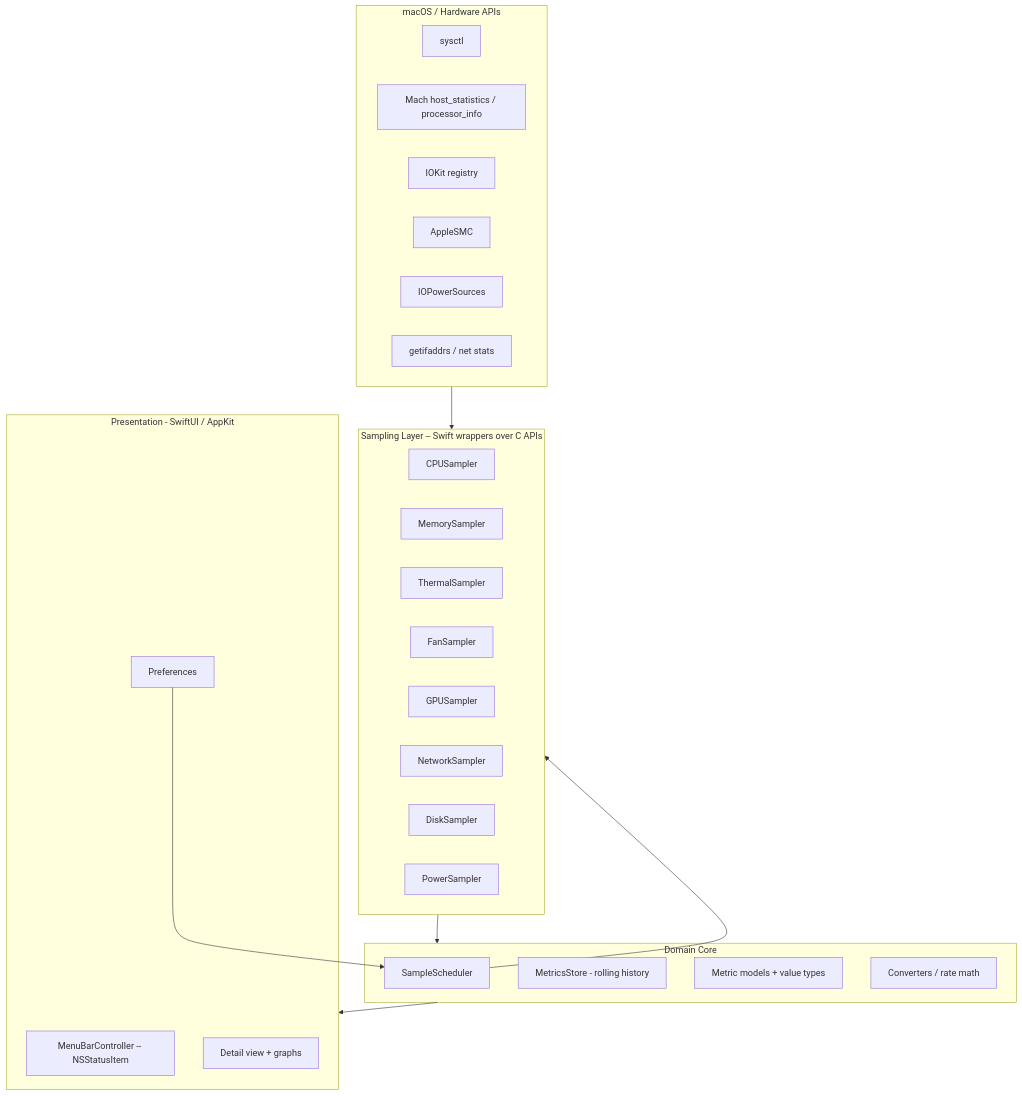
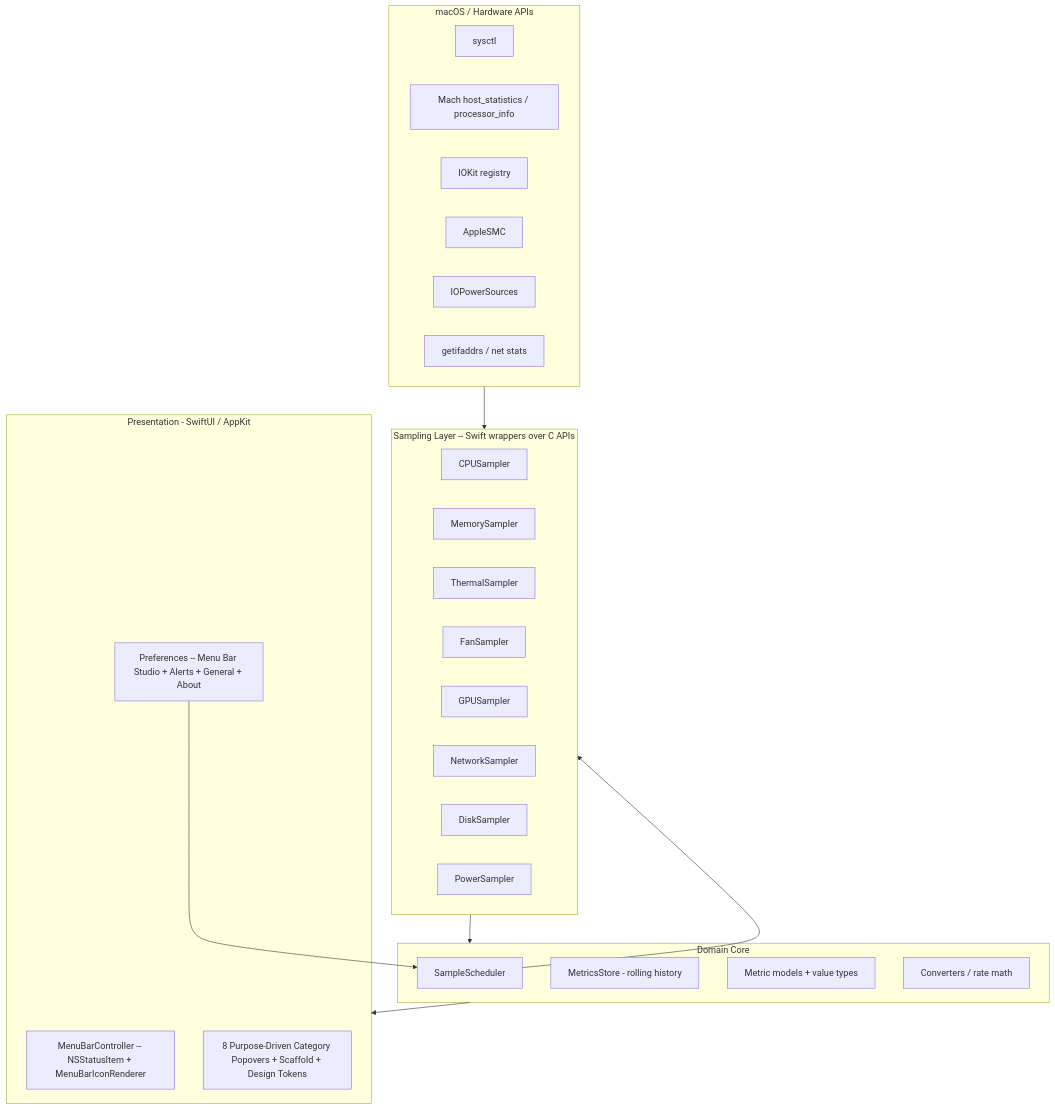
The diagram in docs/specs/design.md (cubewin07/iStats), drawn with Mermaid before and after one commit. The commit also changed other lines of this file and 33 other files, not shown here.

````diff
--- a/docs/specs/design.md
+++ b/docs/specs/design.md
@@ -19,39 +19,39 @@
 ```mermaid
 flowchart TD
     subgraph HW[macOS / Hardware APIs]
         SYSCTL[sysctl]
         MACH[Mach host_statistics / processor_info]
         IOKIT[IOKit registry]
         SMC[AppleSMC]
         IOPS[IOPowerSources]
         NET[getifaddrs / net stats]
     end
 
     subgraph Sampling[Sampling Layer  -- Swift wrappers over C APIs]
         CPUS[CPUSampler]
         MEMS[MemorySampler]
         THERMS[ThermalSampler]
         FANS[FanSampler]
         GPUS[GPUSampler]
         NETS[NetworkSampler]
         DISKS[DiskSampler]
         BATS[PowerSampler]
     end
 
     subgraph Core[Domain Core]
         SCHED[SampleScheduler]
         STORE[MetricsStore - rolling history]
         MODEL[Metric models + value types]
         CONV[Converters / rate math]
     end
 
     subgraph UI[Presentation - SwiftUI / AppKit]
-        MENUBAR[MenuBarController -- NSStatusItem]
-        POPOVER[Detail view + graphs]
-        PREFS[Preferences]
+        MENUBAR[MenuBarController -- NSStatusItem + MenuBarIconRenderer]
+        POPOVER[8 Purpose-Driven Category Popovers + Scaffold + Design Tokens]
+        PREFS[Preferences -- Menu Bar Studio + Alerts + General + About]
     end
 
     HW --> Sampling --> Core --> UI
     SCHED --> Sampling
     PREFS --> SCHED
 ```
````
